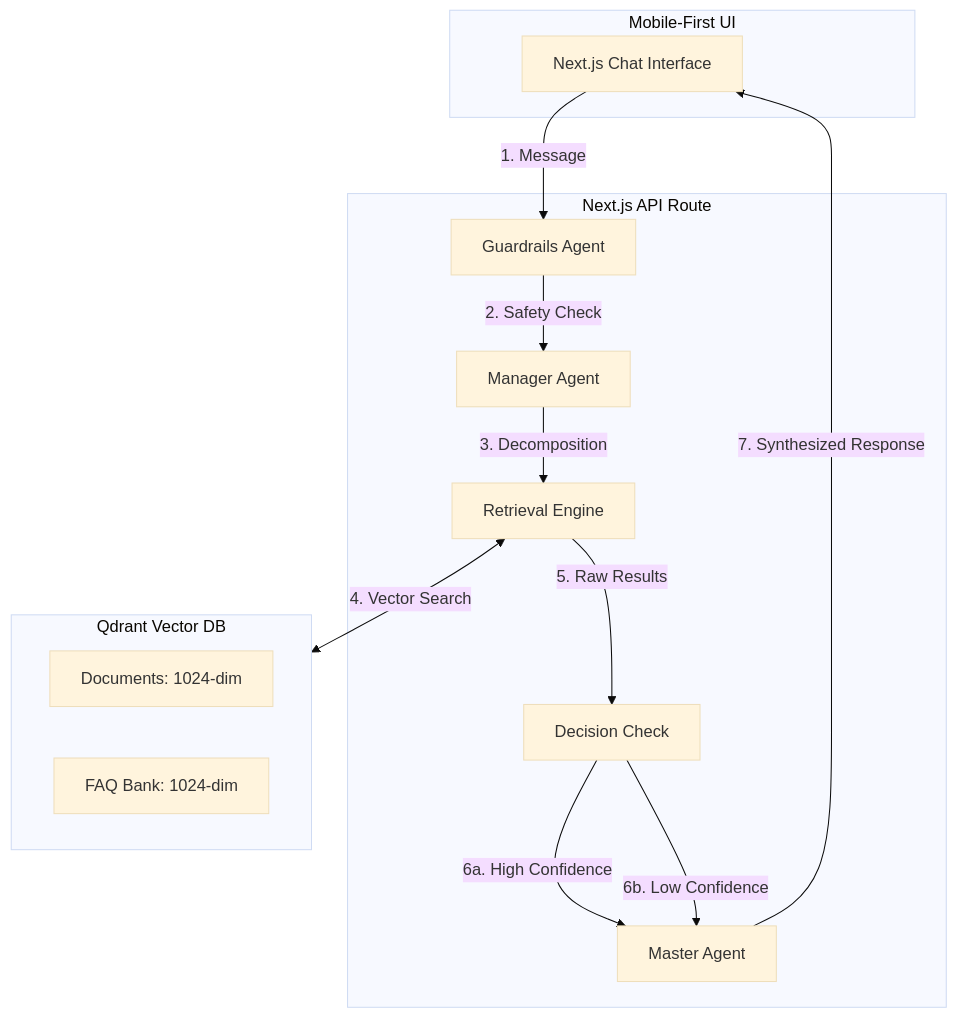
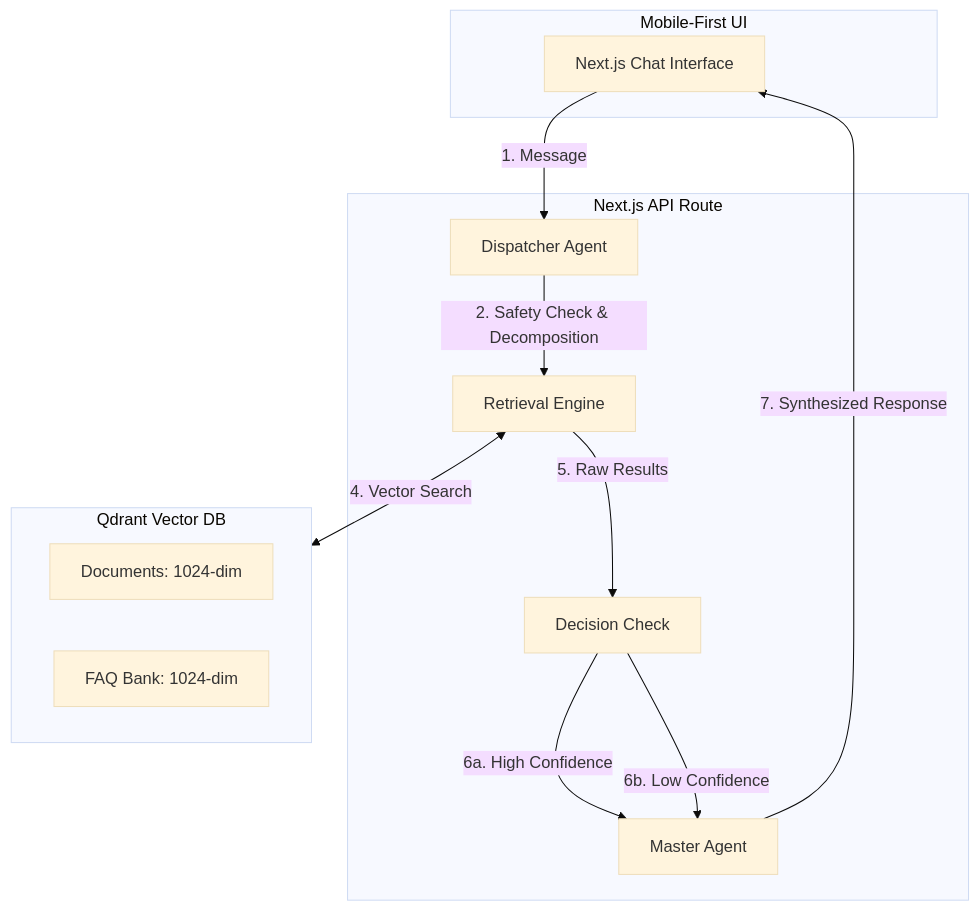
One commit to DragonL57/vmg_chatbot changed the diagram in README.md. Above: the diagram before and after it, drawn with Mermaid (base theme). The commit also changed other lines of this file and 9 other files, not shown here.

Commit message:
feat: Refactor agent architecture to use a streamlined dispatcher pattern for improved response speed; enhance documentation and add psychological consultation guidelines for age-specific approaches

````diff
--- a/README.md
+++ b/README.md
@@ -9,28 +9,26 @@
 ```mermaid
 graph TD
     subgraph User_Interface [Mobile-First UI]
         UI[Next.js Chat Interface]
     end
 
     subgraph Processing_Layer [Next.js API Route]
-        GA[Guardrails Agent]
-        MA[Manager Agent]
+        DA[Dispatcher Agent]
         RE[Retrieval Engine]
         DC[Decision Check]
         MS[Master Agent]
     end
 
     subgraph Knowledge_Layer [Qdrant Vector DB]
         DOCS[Documents: 1024-dim]
         FAQS[FAQ Bank: 1024-dim]
     end
 
-    UI -->|1. Message| GA
-    GA -->|2. Safety Check| MA
-    MA -->|3. Decomposition| RE
+    UI -->|1. Message| DA
+    DA -->|2. Safety Check & Decomposition| RE
     RE <-->|4. Vector Search| Knowledge_Layer
     RE -->|5. Raw Results| DC
     DC -->|6a. High Confidence| MS
     DC -->|6b. Low Confidence| MS
     MS -->|7. Synthesized Response| UI
 ```
````
